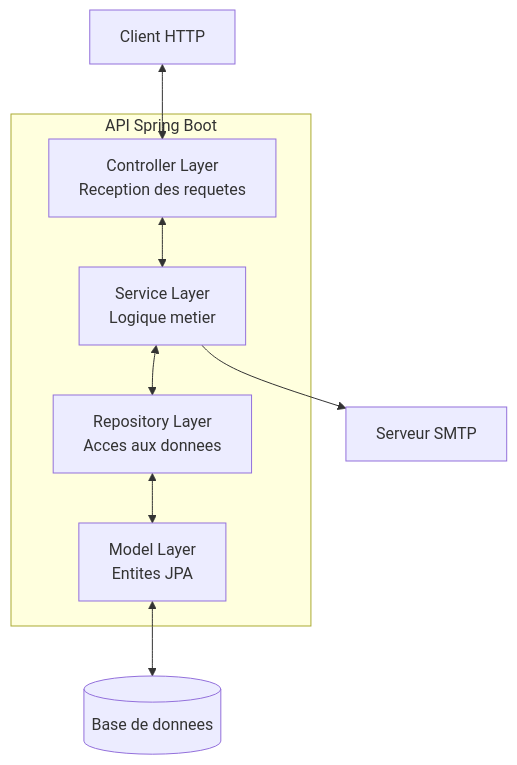
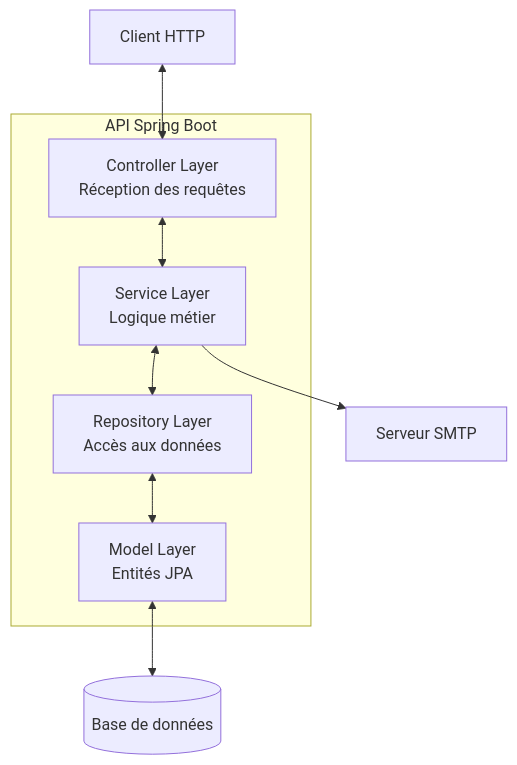
One commit to hrhouma1/inskillflow-docs-formation-spring-boot-projet-e-contact-backend changed the third of 7 diagrams in cours/01-presentation-projet.md. Above: the diagram before and after it, drawn with Mermaid. The commit also changed other lines of this file, not shown here.

````diff
--- a/cours/01-presentation-projet.md
+++ b/cours/01-presentation-projet.md
@@ -125,21 +125,21 @@
 ```mermaid
 flowchart TB
     Client[Client HTTP]
     
     subgraph API["API Spring Boot"]
-        Controller[Controller Layer<br/>Reception des requetes]
-        Service[Service Layer<br/>Logique metier]
-        Repository[Repository Layer<br/>Acces aux donnees]
-        Model[Model Layer<br/>Entites JPA]
+        Controller[Controller Layer<br/>Réception des requêtes]
+        Service[Service Layer<br/>Logique métier]
+        Repository[Repository Layer<br/>Accès aux données]
+        Model[Model Layer<br/>Entités JPA]
     end
     
-    DB[(Base de donnees)]
+    DB[(Base de données)]
     SMTP[Serveur SMTP]
     
     Client <--> Controller
     Controller <--> Service
     Service <--> Repository
     Service --> SMTP
     Repository <--> Model
     Model <--> DB
 ```
````
